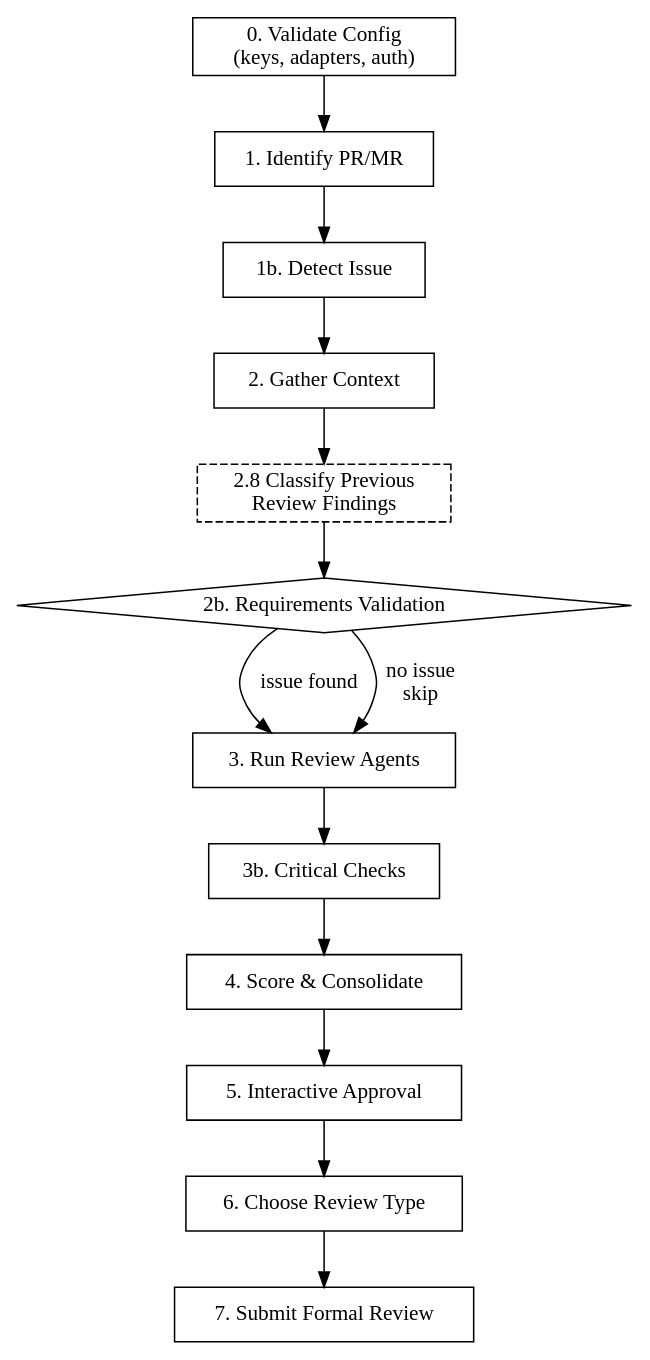
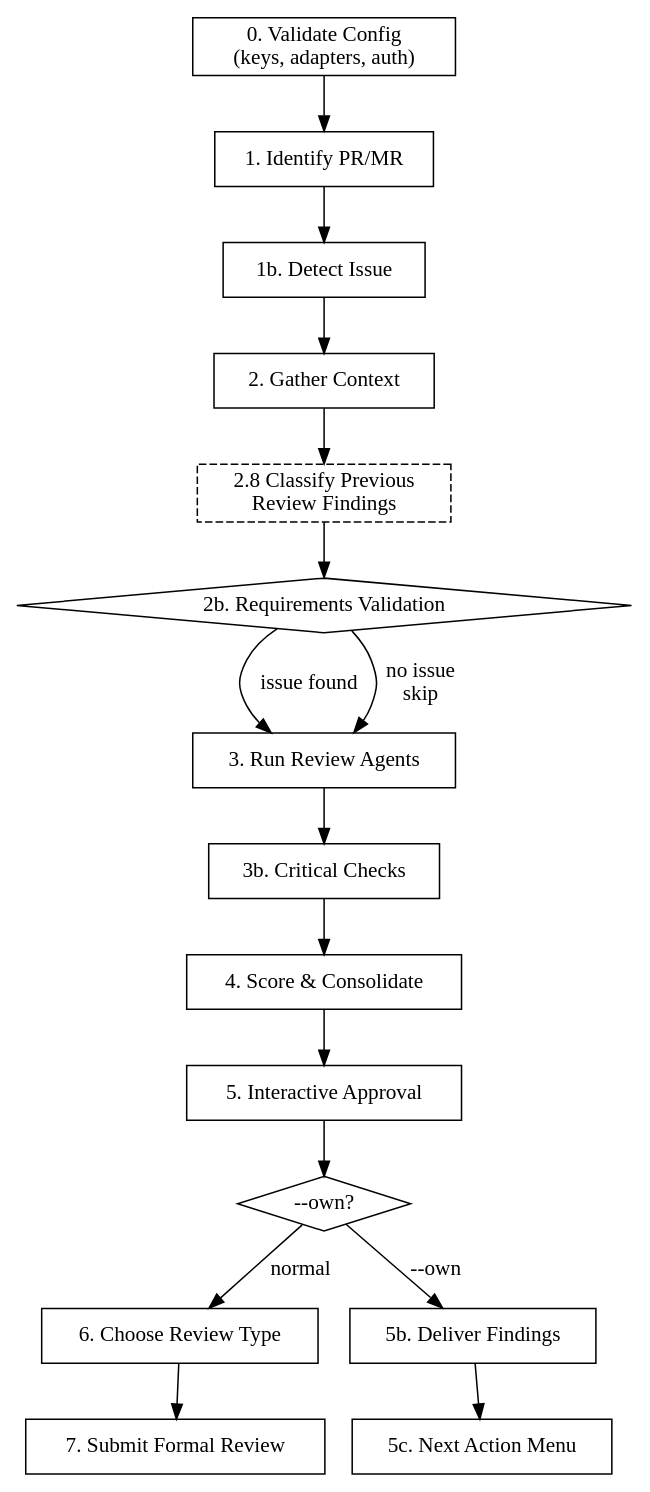
The diagram in plugins/flowyeah/skills/review/SKILL.md (rodrigomanhaes/flowyeah), drawn with Graphviz before and after one commit. The commit also changed 2 other files, not shown here.

Commit message:
docs(review): add --own branch to pipeline graph
Inserts own_check diamond after Interactive Approval, branching to the
new 5b Deliver Findings → 5c Next Action Menu path for --own mode,
while the normal path continues to Choose Review Type → Submit.

````diff
--- a/plugins/flowyeah/skills/review/SKILL.md
+++ b/plugins/flowyeah/skills/review/SKILL.md
@@ -21,25 +21,32 @@
 ```dot
 digraph review {
     rankdir=TB;
     node [shape=box];
 
     validate [label="0. Validate Config\n(keys, adapters, auth)"];
     identify [label="1. Identify PR/MR"];
     issue [label="1b. Detect Issue"];
     context [label="2. Gather Context"];
     previous [label="2.8 Classify Previous\nReview Findings" style=dashed];
     requirements [label="2b. Requirements Validation" shape=diamond];
     agents [label="3. Run Review Agents"];
     checks [label="3b. Critical Checks"];
     score [label="4. Score & Consolidate"];
     approve [label="5. Interactive Approval"];
+    own_check [label="--own?" shape=diamond];
     type [label="6. Choose Review Type"];
     submit [label="7. Submit Formal Review"];
+    deliver [label="5b. Deliver Findings"];
+    menu [label="5c. Next Action Menu"];
 
     validate -> identify -> issue -> context;
     context -> previous -> requirements;
     requirements -> agents [label="issue found"];
     requirements -> agents [label="no issue\nskip"];
-    agents -> checks -> score -> approve -> type -> submit;
+    agents -> checks -> score -> approve -> own_check;
+    own_check -> type [label="normal"];
+    type -> submit;
+    own_check -> deliver [label="--own"];
+    deliver -> menu;
 }
 ```
````
